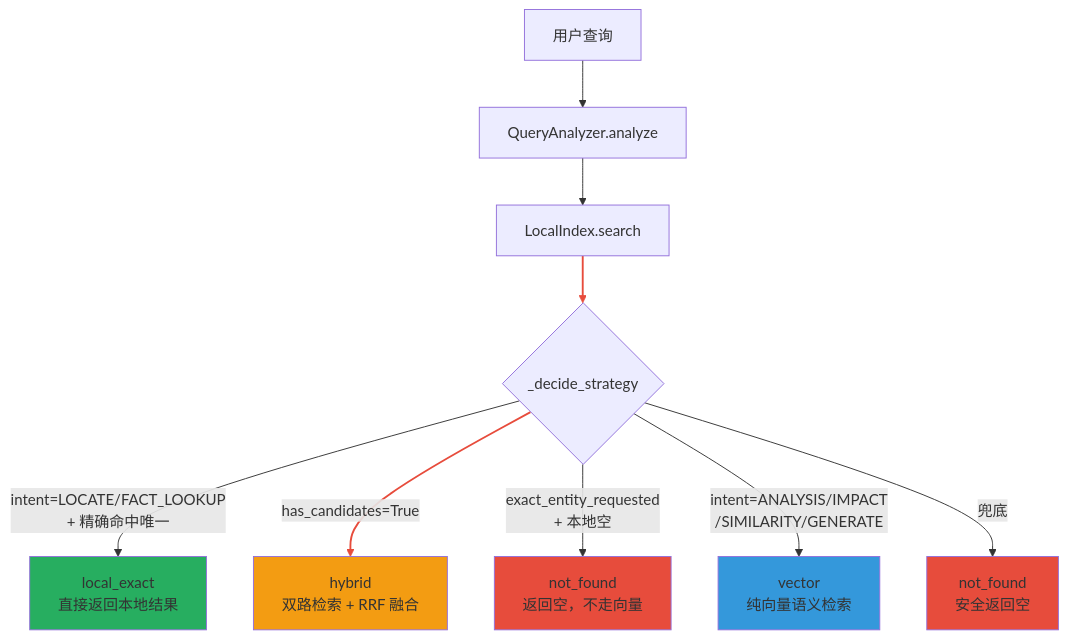
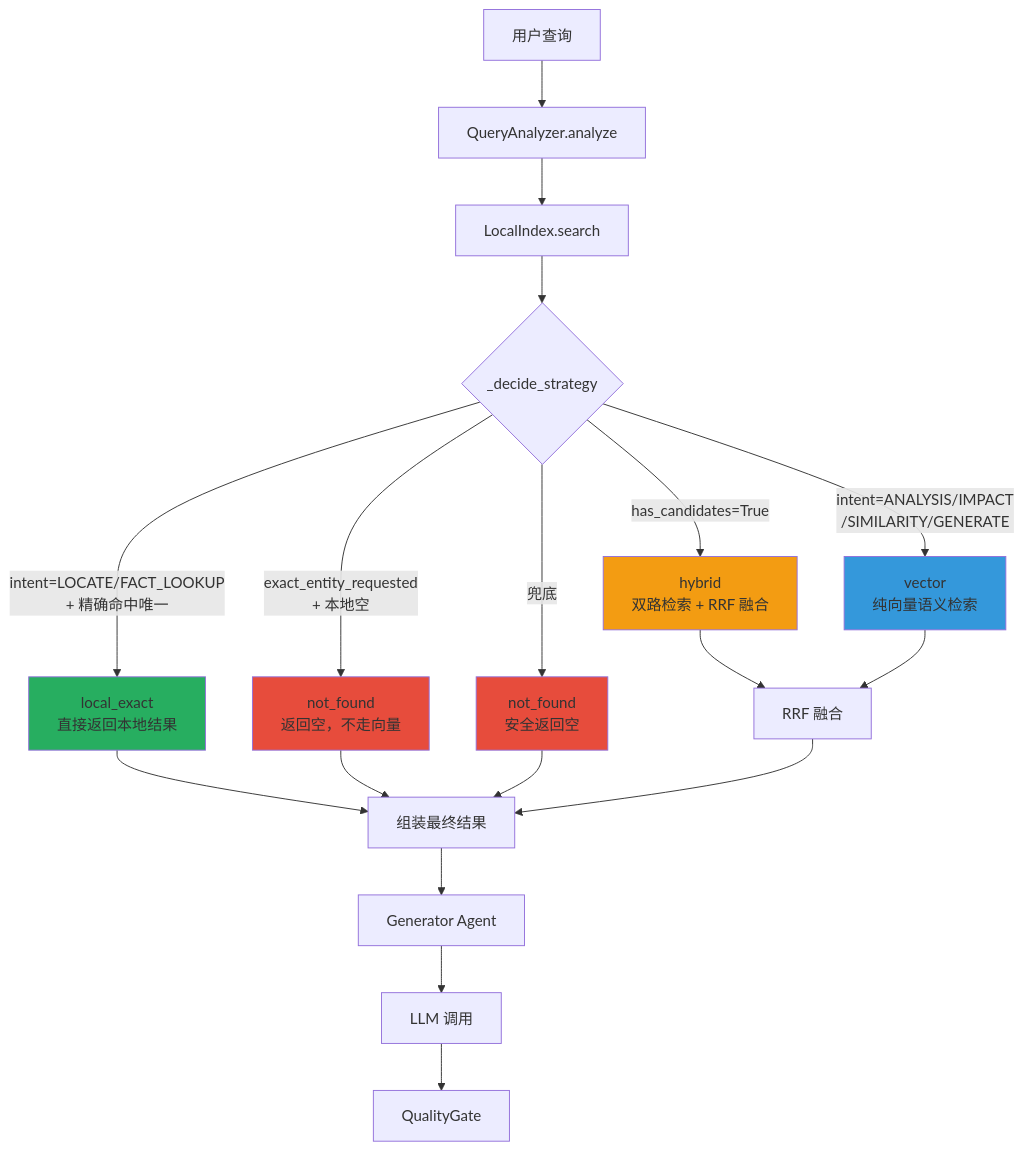
Before and after one commit to agooll/Obsidian_vault: the fourth of 4 diagrams in 毕业设计项目-testteller-agent-main/notes/RAG流水线深度解析.md, drawn with Mermaid. The commit also changed other lines of this file and 1 other file, not shown here.

````diff
--- a/毕业设计项目-testteller-agent-main/notes/RAG流水线深度解析.md
+++ b/毕业设计项目-testteller-agent-main/notes/RAG流水线深度解析.md
@@ -790,20 +920,28 @@
 ```mermaid
 flowchart TB
     Q[用户查询] --> QA[QueryAnalyzer.analyze]
     QA --> LI[LocalIndex.search]
     LI --> DS{_decide_strategy}
 
-    DS -->|intent=LOCATE/FACT_LOOKUP<br>+ 精确命中唯一| LE[local_exact\n直接返回本地结果]
+    DS -->|intent=LOCATE/FACT_LOOKUP\n+ 精确命中唯一| LE[local_exact\n直接返回本地结果]
     DS -->|has_candidates=True| HY[hybrid\n双路检索 + RRF 融合]
-    DS -->|exact_entity_requested<br>+ 本地空| NF[not_found\n返回空，不走向量]
-    DS -->|intent=ANALYSIS/IMPACT<br>/SIMILARITY/GENERATE| VC[vector\n纯向量语义检索]
+    DS -->|exact_entity_requested\n+ 本地空| NF[not_found\n返回空，不走向量]
+    DS -->|intent=ANALYSIS/IMPACT\n/SIMILARITY/GENERATE| VC[vector\n纯向量语义检索]
     DS -->|兜底| NF2[not_found\n安全返回空]
+
+    LE --> R[组装最终结果]
+    HY --> RRF[RRF 融合]
+    VC --> RRF
+    NF --> R
+    NF2 --> R
+    RRF --> R
+    R --> GA[Generator Agent]
+    GA --> LLM[LLM 调用]
+    LLM --> QG[QualityGate]
 
     style LE fill:#27ae60
     style NF fill:#e74c3c
     style NF2 fill:#e74c3c
     style HY fill:#f39c12
     style VC fill:#3498db
-
-    linkStyle 2,4 stroke:#e74c3c,stroke-width:2
 ```
````
